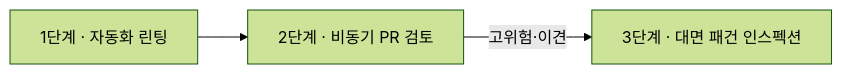
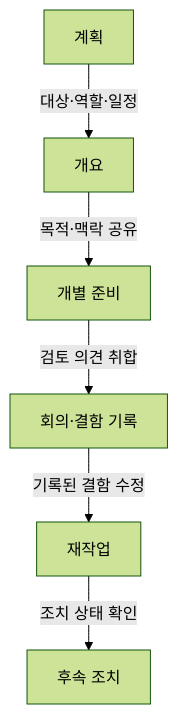
The second of 2 diagrams in src/content/docs/notes/itpe/02-software-engineering/058_inspection.md (agnusdei1207/study), drawn with Mermaid (forest theme) before and after one commit. The commit also changed other lines of this file and 31 other files, not shown here.

Commit message:
docs(itpe): correct software engineering architecture and test notes

````diff
--- a/src/content/docs/notes/itpe/02-software-engineering/058_inspection.md
+++ b/src/content/docs/notes/itpe/02-software-engineering/058_inspection.md
@@ -158,5 +100,8 @@
 ```mermaid
-flowchart LR
-    A["1단계 · 자동화 린팅"] --> B["2단계 · 비동기 PR 검토"]
-    B -->|"고위험·이견"| C["3단계 · 대면 패건 인스펙션"]
+flowchart TD
+    A["계획"] -->|"대상·역할·일정"| B["개요"]
+    B -->|"목적·맥락 공유"| C["개별 준비"]
+    C -->|"검토 의견 취합"| D["회의·결함 기록"]
+    D -->|"기록된 결함 수정"| E["재작업"]
+    E -->|"조치 상태 확인"| F["후속 조치"]
 ```
````
